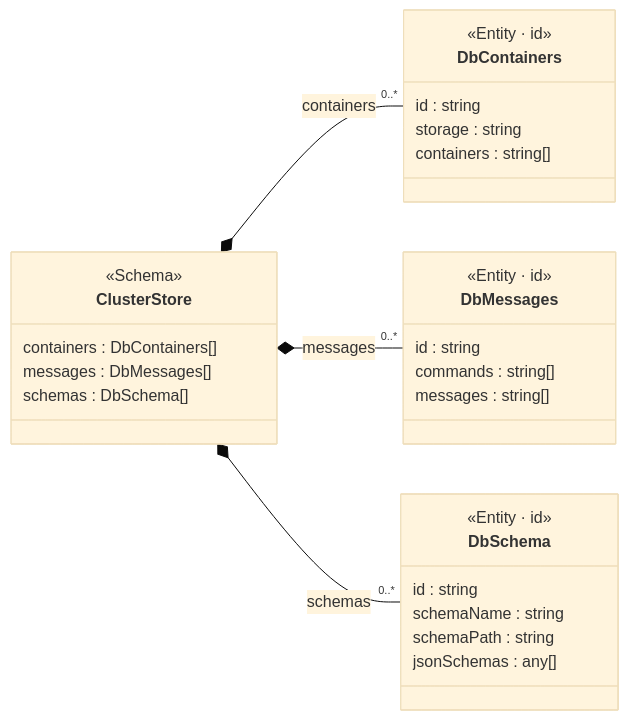
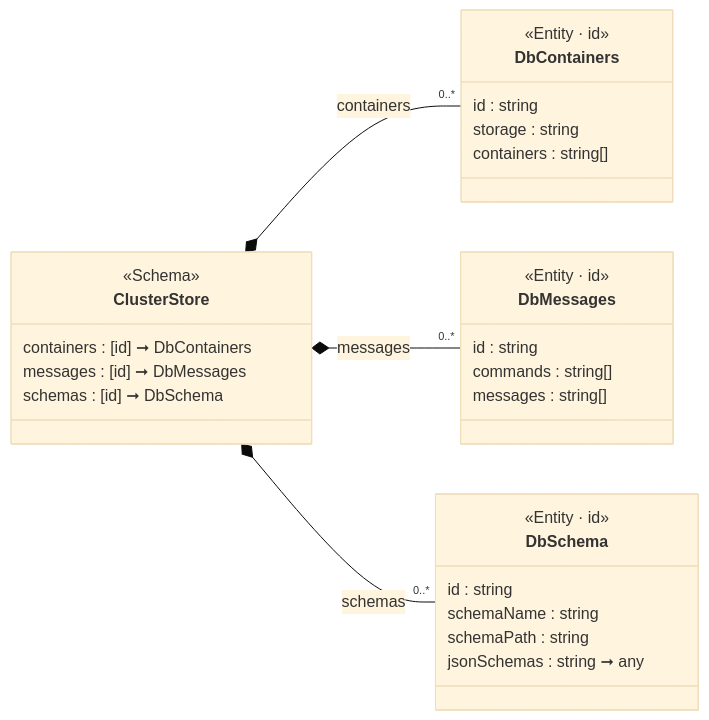
One commit to friflo/Friflo.Json.Fliox changed the diagram in Json.Tests/assets~/Schema/Markdown/ClusterStore/class-diagram.md. Above: the diagram before and after it, drawn with Mermaid (base theme). The commit also changed 8 other files, not shown here.

Commit message:
Schema/Language/Mermaid - change format of maps (Dictionaries) and optional fields

````diff
--- a/Json.Tests/assets~/Schema/Markdown/ClusterStore/class-diagram.md
+++ b/Json.Tests/assets~/Schema/Markdown/ClusterStore/class-diagram.md
@@ -1,39 +1,39 @@
 ```mermaid
 classDiagram
 direction LR
 
 class ClusterStore:::cssSchema {
     <<Schema>>
     <<abstract>>
-    containers  : DbContainers[]
-    messages    : DbMessages[]
-    schemas     : DbSchema[]
+    containers  : [id] ➞ DbContainers
+    messages    : [id] ➞ DbMessages
+    schemas     : [id] ➞ DbSchema
 }
 ClusterStore *-- "0..*" DbContainers : containers
 ClusterStore *-- "0..*" DbMessages : messages
 ClusterStore *-- "0..*" DbSchema : schemas
 
 class DbContainers:::cssEntity {
     <<Entity · id>>
     id          : string
     storage     : string
     containers  : string[]
 }
 
 class DbMessages:::cssEntity {
     <<Entity · id>>
     id        : string
     commands  : string[]
     messages  : string[]
 }
 
 class DbSchema:::cssEntity {
     <<Entity · id>>
     id           : string
     schemaName   : string
     schemaPath   : string
-    jsonSchemas  : any[]
+    jsonSchemas  : string ➞ any
 }
 
 
 ```
````
